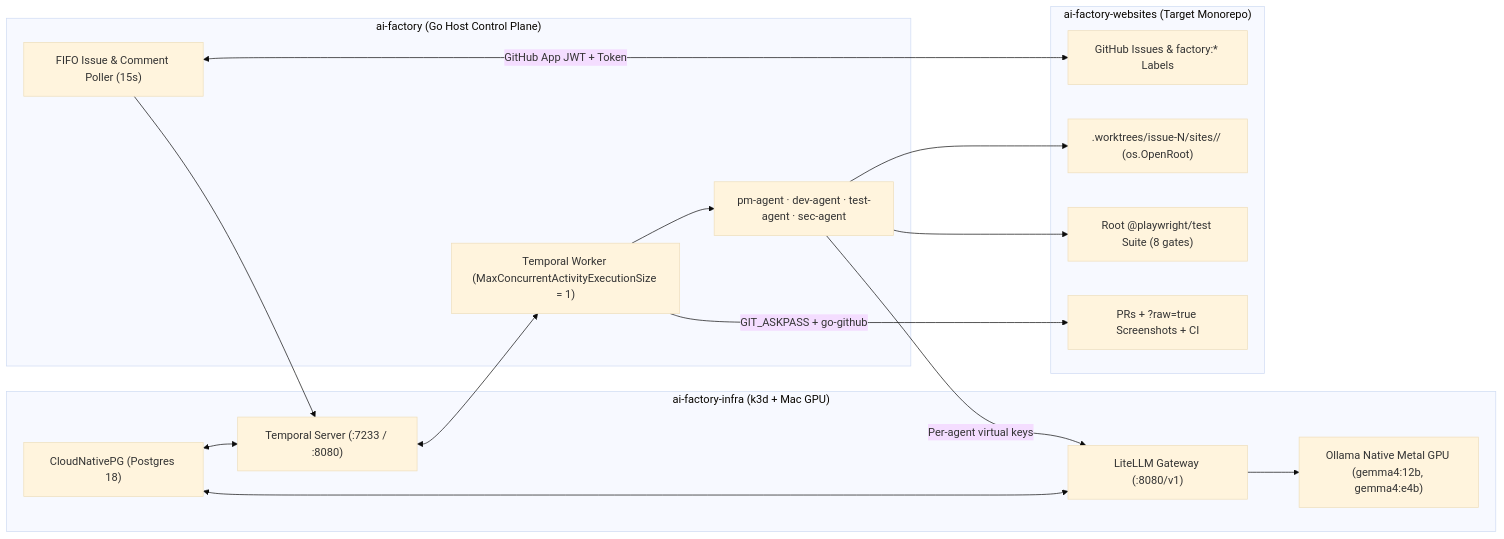
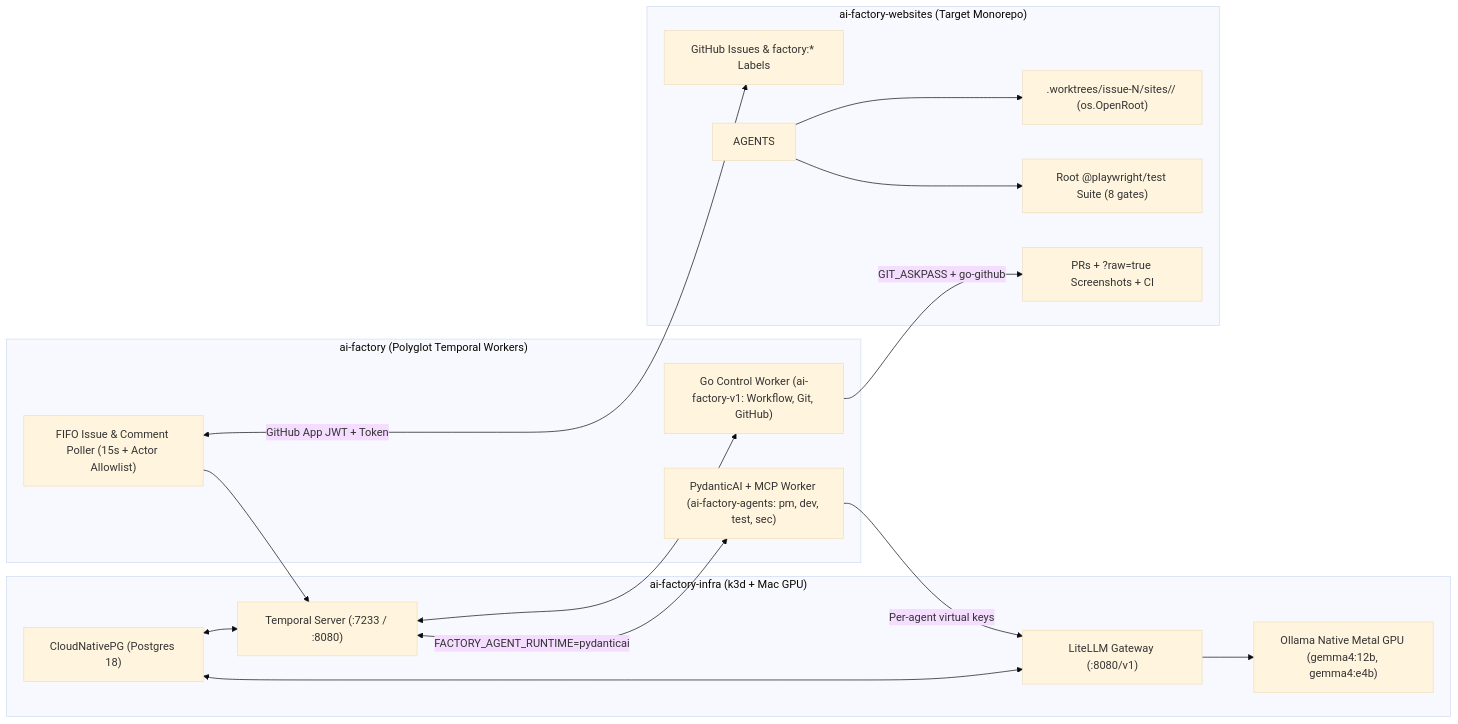
One commit to barbarosydev/ai-factory changed the first of 2 diagrams in docs/architecture.md. Above: the diagram before and after it, drawn with Mermaid (base theme). The commit also changed other lines of this file and 46 other files, not shown here.

Commit message:
feat: add Phase 2 PydanticAI + MCP agent worker and anti-prompt-leak gates

````diff
--- a/docs/architecture.md
+++ b/docs/architecture.md
@@ -7,33 +7,33 @@
 ```mermaid
 flowchart LR
   subgraph INFRA["ai-factory-infra (k3d + Mac GPU)"]
     CNPG["CloudNativePG (Postgres 18)"]
     TEMP["Temporal Server (:7233 / :8080)"]
     LITE["LiteLLM Gateway (:8080/v1)"]
     OLLAMA["Ollama Native Metal GPU (gemma4:12b, gemma4:e4b)"]
     CNPG <--> TEMP
     CNPG <--> LITE
     LITE --> OLLAMA
   end
 
-  subgraph FACTORY["ai-factory (Go Host Control Plane)"]
-    POLLER["FIFO Issue & Comment Poller (15s)"]
-    WORKER["Temporal Worker (MaxConcurrentActivityExecutionSize = 1)"]
-    AGENTS["pm-agent · dev-agent · test-agent · sec-agent"]
+  subgraph FACTORY["ai-factory (Polyglot Temporal Workers)"]
+    POLLER["FIFO Issue & Comment Poller (15s + Actor Allowlist)"]
+    WORKER["Go Control Worker (ai-factory-v1: Workflow, Git, GitHub)"]
+    PYWORKER["PydanticAI + MCP Worker (ai-factory-agents: pm, dev, test, sec)"]
     POLLER --> TEMP
     TEMP <--> WORKER
-    WORKER --> AGENTS
-    AGENTS -->|Per-agent virtual keys| LITE
+    TEMP <-->|FACTORY_AGENT_RUNTIME=pydanticai| PYWORKER
+    PYWORKER -->|Per-agent virtual keys| LITE
   end
 
   subgraph TARGET["ai-factory-websites (Target Monorepo)"]
     ISSUES["GitHub Issues & factory:* Labels"]
     WT[".worktrees/issue-N/sites/<slug>/ (os.OpenRoot)"]
     PW["Root @playwright/test Suite (8 gates)"]
     PRS["PRs + ?raw=true Screenshots + CI"]
     POLLER <-->|GitHub App JWT + Token| ISSUES
     AGENTS --> WT
     AGENTS --> PW
     WORKER -->|GIT_ASKPASS + go-github| PRS
   end
 ```
````
